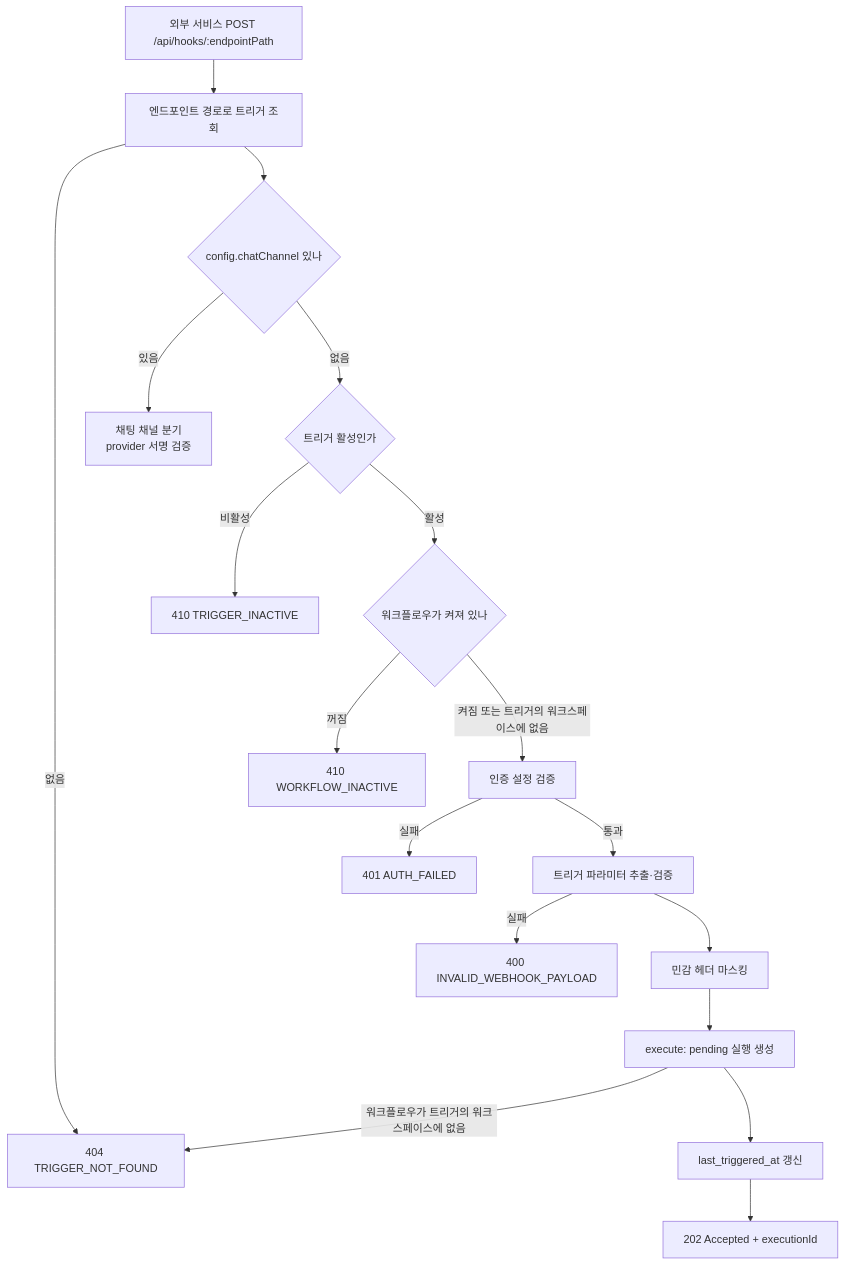
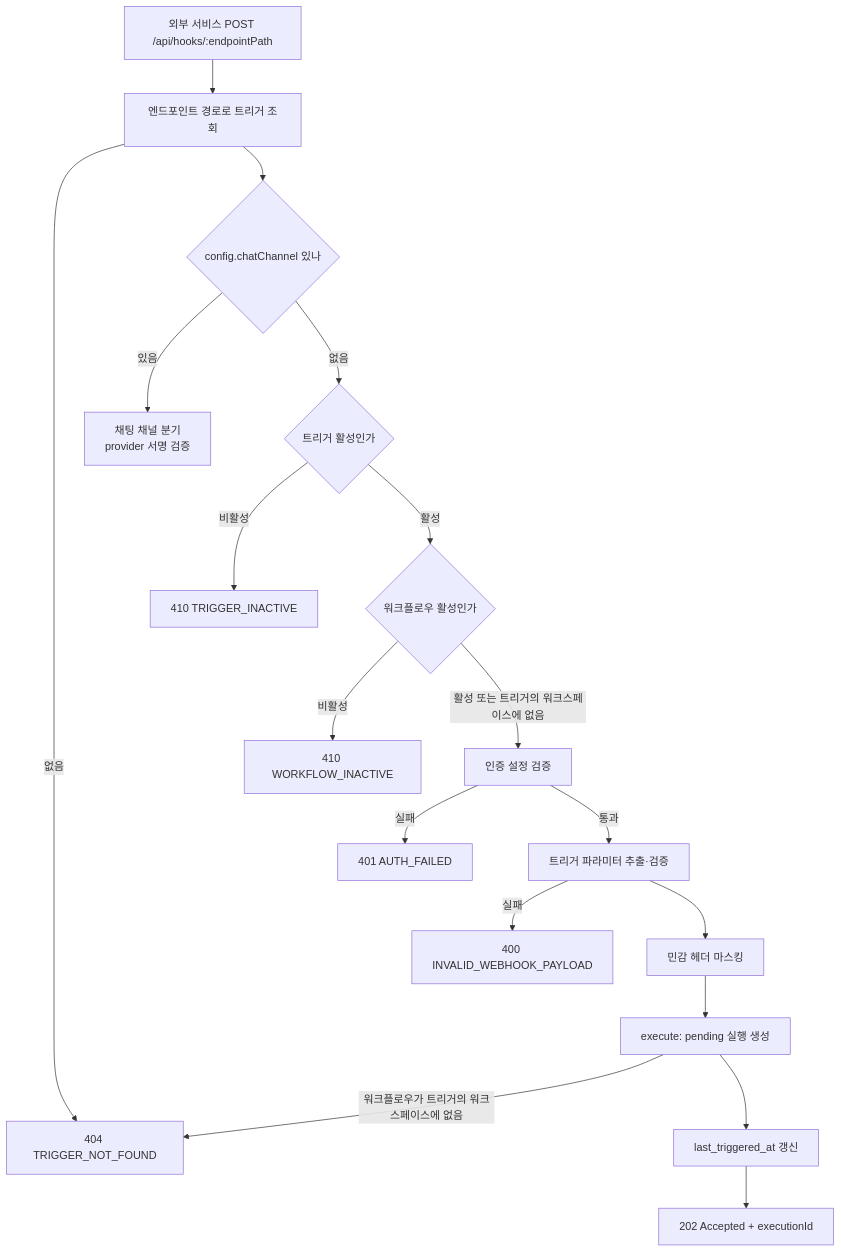
The diagram in spec/CLE-TRIG/CLE-TRIG-WEBHOOK.md (worker-ants/clemvion), drawn with Mermaid before and after one commit. The commit also changed other lines of this file and 13 other files, not shown here.

````diff
--- a/spec/CLE-TRIG/CLE-TRIG-WEBHOOK.md
+++ b/spec/CLE-TRIG/CLE-TRIG-WEBHOOK.md
@@ -104,20 +104,20 @@
 ```mermaid
 flowchart TD
     A[외부 서비스 POST /api/hooks/:endpointPath] --> B[엔드포인트 경로로 트리거 조회]
     B -- 없음 --> X1[404 TRIGGER_NOT_FOUND]
     B --> C{config.chatChannel 있나}
     C -- 있음 --> CH[채팅 채널 분기<br/>provider 서명 검증]
     C -- 없음 --> D{트리거 활성인가}
     D -- 비활성 --> X2[410 TRIGGER_INACTIVE]
-    D -- 활성 --> W{워크플로우가 켜져 있나}
-    W -- 꺼짐 --> X5[410 WORKFLOW_INACTIVE]
-    W -- 켜짐 또는 트리거의 워크스페이스에 없음 --> E[인증 설정 검증]
+    D -- 활성 --> W{워크플로우 활성인가}
+    W -- 비활성 --> X5[410 WORKFLOW_INACTIVE]
+    W -- 활성 또는 트리거의 워크스페이스에 없음 --> E[인증 설정 검증]
     E -- 실패 --> X3[401 AUTH_FAILED]
     E -- 통과 --> F[트리거 파라미터 추출·검증]
     F -- 실패 --> X4[400 INVALID_WEBHOOK_PAYLOAD]
     F --> G[민감 헤더 마스킹]
     G --> H[execute: pending 실행 생성]
     H -- 워크플로우가 트리거의 워크스페이스에 없음 --> X1
     H --> I[last_triggered_at 갱신]
     I --> J[202 Accepted + executionId]
 ```
````
